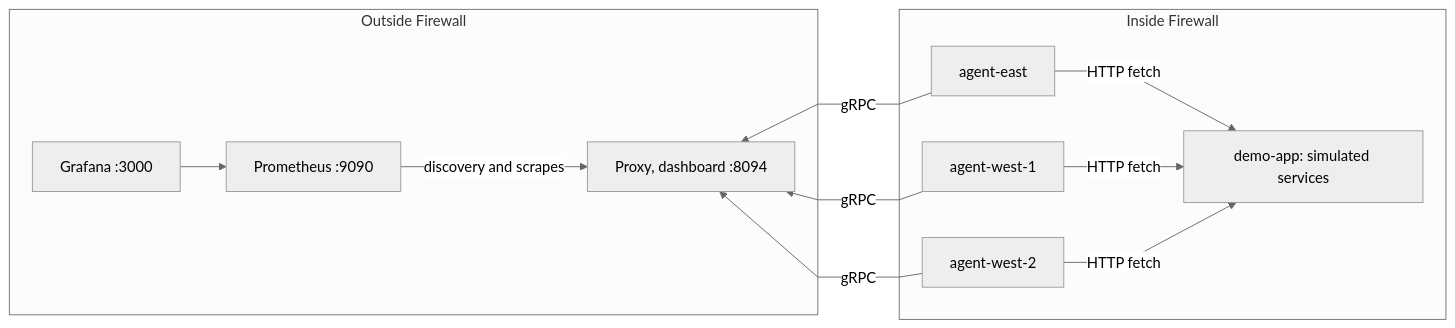
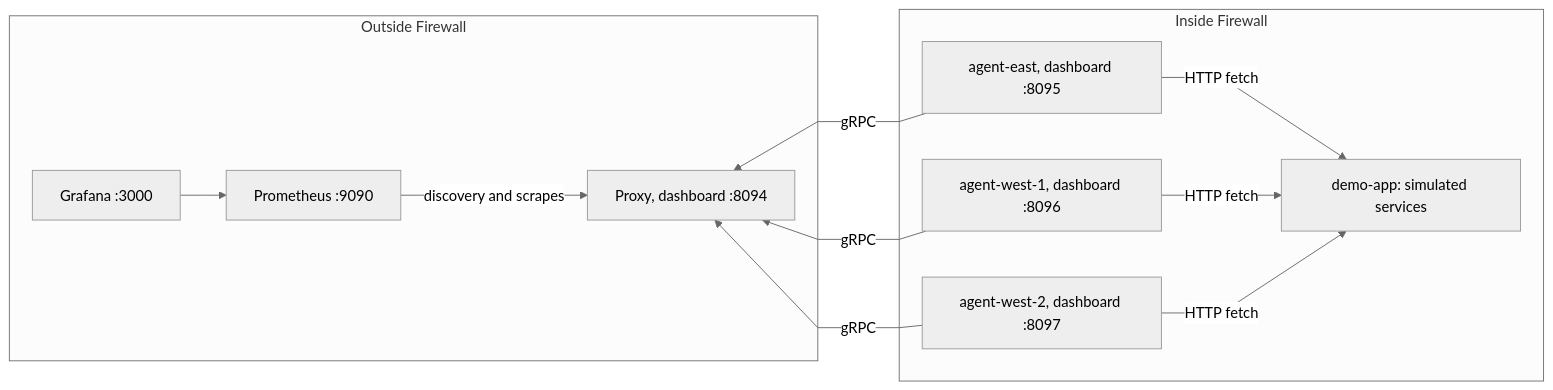
Before and after one commit to pambrose/prometheus-proxy: the diagram in website/prometheus-proxy/docs/basics-demo.md, drawn with Mermaid (neutral theme). The commit also changed other lines of this file and 112 other files, not shown here.

First line of the commit message:
Add an Activity view to the agent's dashboard, its Helm values, a theme button, and the agent's side to every demo (#483)

````diff
--- a/website/prometheus-proxy/docs/basics-demo.md
+++ b/website/prometheus-proxy/docs/basics-demo.md
@@ -11,30 +12,30 @@
 ``` mermaid
 %%{init: {'flowchart': {'curve': 'linear'}}}%%
 graph LR
   G[Grafana :3000] --> P[Prometheus :9090]
   P -->|discovery and scrapes| Proxy[Proxy, dashboard :8094]
   %% Each agent connects out to the proxy, so its arrow points back. The invisible links keep the agents to
   %% the right of the proxy, as on the home page.
   Proxy ~~~ East
   Proxy ~~~ West1
   Proxy ~~~ West2
-  East[agent-east] -->|gRPC| Proxy
-  West1[agent-west-1] -->|gRPC| Proxy
-  West2[agent-west-2] -->|gRPC| Proxy
+  East[agent-east, dashboard :8095] -->|gRPC| Proxy
+  West1[agent-west-1, dashboard :8096] -->|gRPC| Proxy
+  West2[agent-west-2, dashboard :8097] -->|gRPC| Proxy
   East -->|HTTP fetch| App[demo-app: simulated services]
   West1 -->|HTTP fetch| App
   West2 -->|HTTP fetch| App
 
   subgraph Outside Firewall
     G
     P
     Proxy
   end
 
   subgraph Inside Firewall
     East
     West1
     West2
     App
   end
 ```
````
